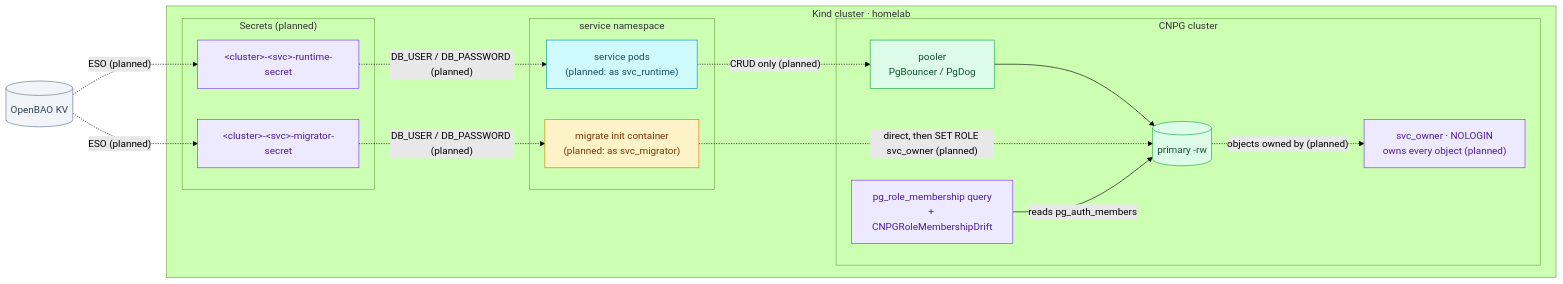
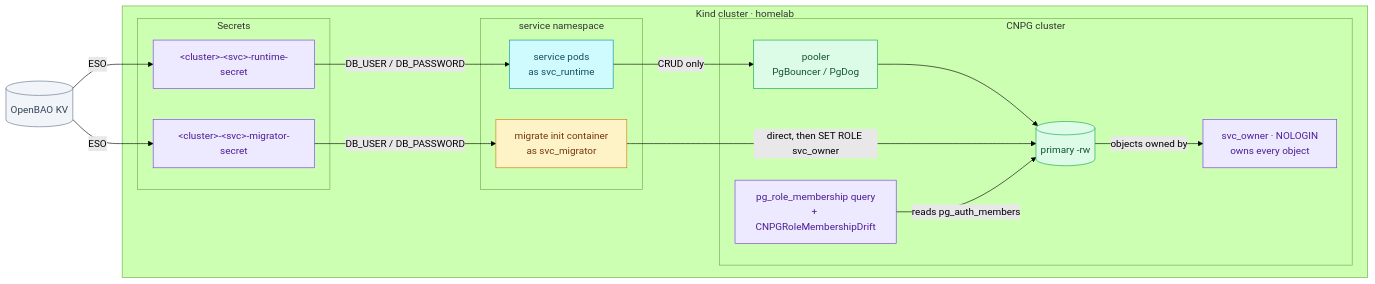
The diagram in docs/databases/authorization.md (duynhlab/homelab), drawn with Mermaid (forest theme) before and after one commit. The commit also changed other lines of this file and 26 other files, not shown here.

````diff
--- a/docs/databases/authorization.md
+++ b/docs/databases/authorization.md
@@ -45,35 +45,35 @@
 ```mermaid
 flowchart LR
     subgraph cluster["Kind cluster · homelab"]
         subgraph app["service namespace"]
-            pod["service pods<br/>(planned: as svc_runtime)"]:::service
-            mig["migrate init container<br/>(planned: as svc_migrator)"]:::worker
+            pod["service pods<br/>as svc_runtime"]:::service
+            mig["migrate init container<br/>as svc_migrator"]:::worker
         end
-        subgraph secrets["Secrets (planned)"]
+        subgraph secrets["Secrets"]
             rs["&lt;cluster&gt;-&lt;svc&gt;-runtime-secret"]:::platform
             ms["&lt;cluster&gt;-&lt;svc&gt;-migrator-secret"]:::platform
         end
         subgraph db["CNPG cluster"]
             pooler["pooler<br/>PgBouncer / PgDog"]:::data
             rw[("primary -rw")]:::data
-            owner["svc_owner · NOLOGIN<br/>owns every object (planned)"]:::platform
+            owner["svc_owner · NOLOGIN<br/>owns every object"]:::platform
             guard["pg_role_membership query<br/>+ CNPGRoleMembershipDrift"]:::platform
         end
     end
     bao[("OpenBAO KV")]:::external
 
-    bao -. "ESO (planned)" .-> rs
-    bao -. "ESO (planned)" .-> ms
-    rs -. "DB_USER / DB_PASSWORD (planned)" .-> pod
-    ms -. "DB_USER / DB_PASSWORD (planned)" .-> mig
-    pod -. "CRUD only (planned)" .-> pooler --> rw
-    mig -. "direct, then SET ROLE svc_owner (planned)" .-> rw
-    rw -. "objects owned by (planned)" .-> owner
+    bao -->|"ESO"| rs
+    bao -->|"ESO"| ms
+    rs -->|"DB_USER / DB_PASSWORD"| pod
+    ms -->|"DB_USER / DB_PASSWORD"| mig
+    pod -->|"CRUD only"| pooler --> rw
+    mig -->|"direct, then SET ROLE svc_owner"| rw
+    rw -->|"objects owned by"| owner
     guard -->|"reads pg_auth_members"| rw
 
     classDef service fill:#cffafe,color:#164e63,stroke:#0891b2;
     classDef worker fill:#fef3c7,color:#78350f,stroke:#d97706;
     classDef platform fill:#ede9fe,color:#4c1d95,stroke:#7c3aed;
     classDef data fill:#dcfce7,color:#14532d,stroke:#16a34a;
     classDef external fill:#f1f5f9,color:#334155,stroke:#64748b;
 ```
````
